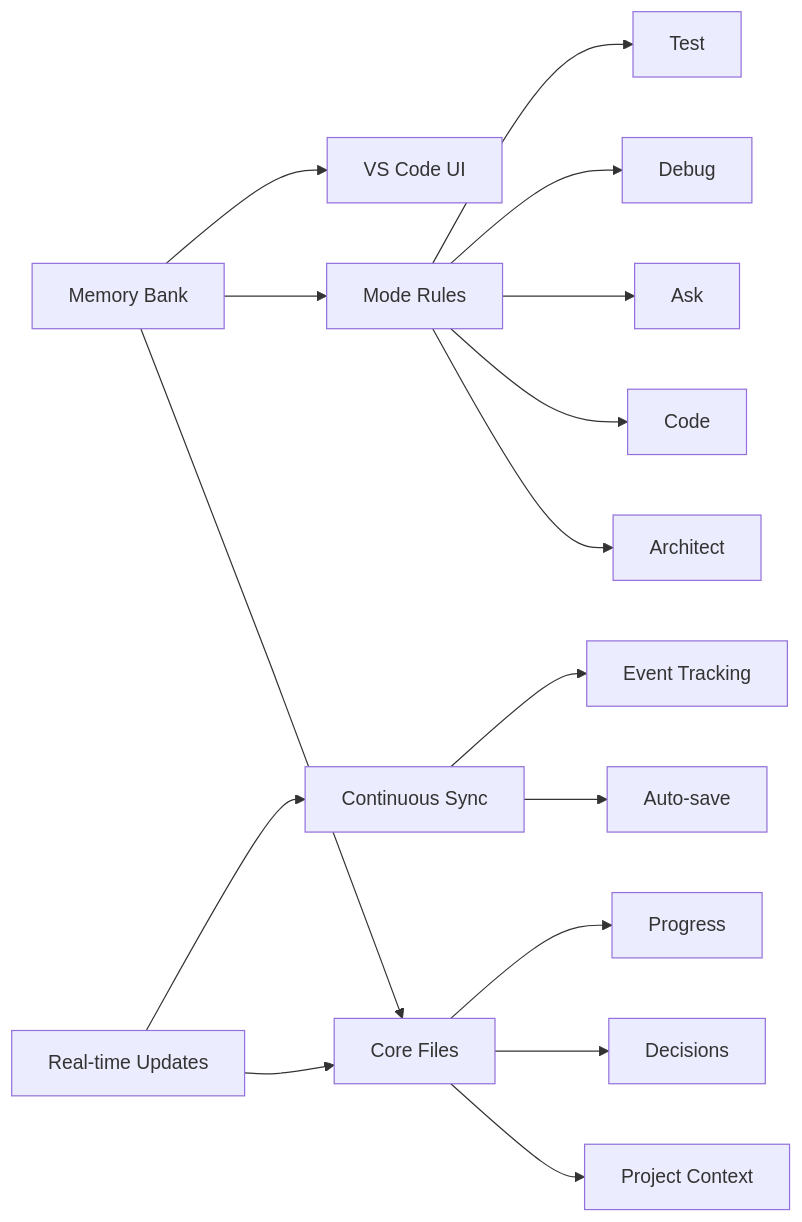
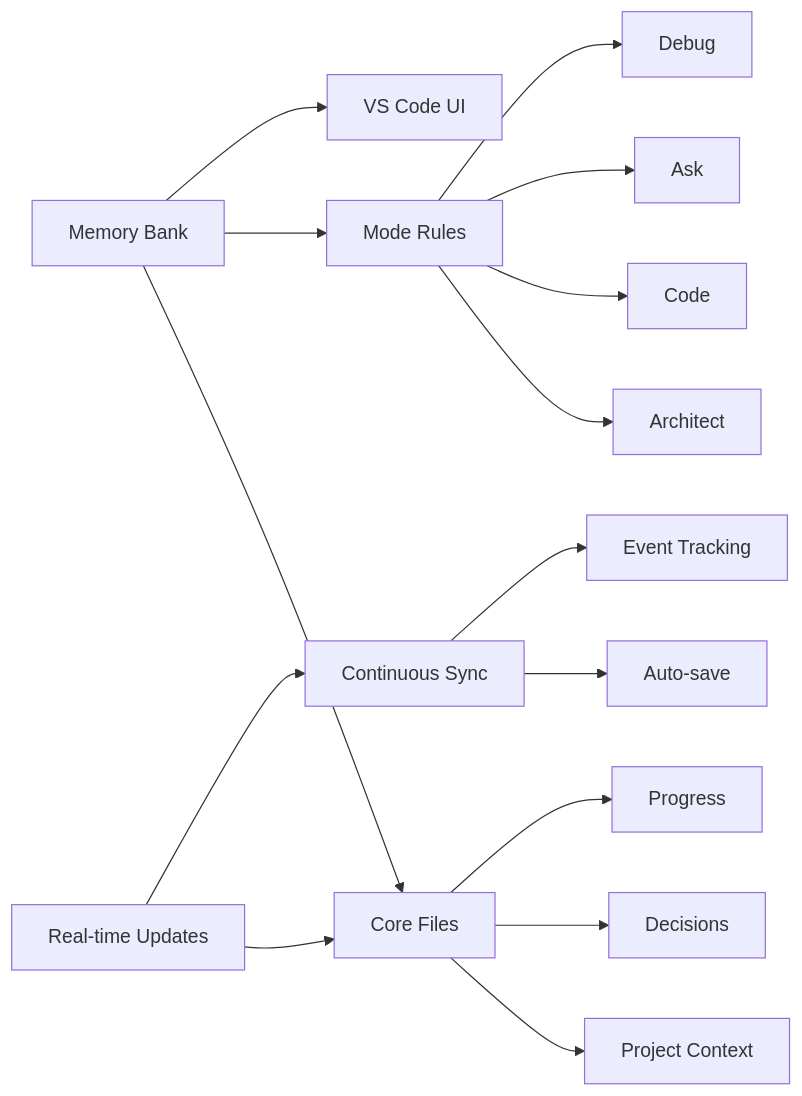
One commit to sethdford/memory-bank changed the first of 6 diagrams in README.md. Above: the diagram before and after it, drawn with Mermaid. The commit also changed other lines of this file and 7 other files, not shown here.

````diff
--- a/README.md
+++ b/README.md
@@ -18,18 +18,17 @@
 ```mermaid
 graph LR
     A[Memory Bank] --> B[Core Files]
     A --> C[Mode Rules]
     A --> D[VS Code UI]
     B --> E[Project Context]
     B --> F[Decisions]
     B --> G[Progress]
     C --> H[Architect]
     C --> I[Code]
     C --> J[Ask]
     C --> K1[Debug]
-    C --> K2[Test]
     K[Real-time Updates] --> B
     K --> L[Continuous Sync]
     L --> M[Auto-save]
     L --> N[Event Tracking]
 ```
````
